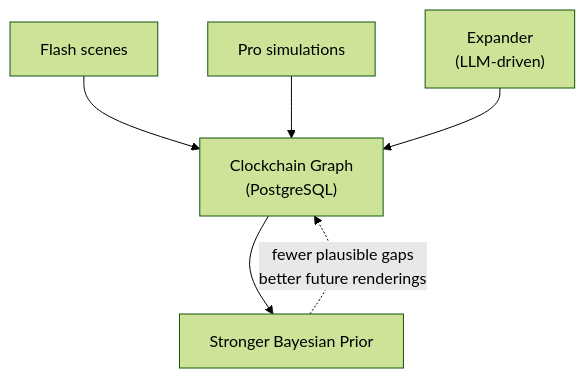
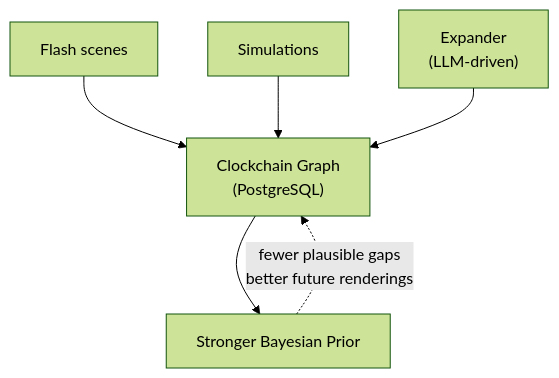
The diagram in README.md (timepointai/timepoint-clockchain), drawn with Mermaid (forest theme) before and after one commit. The commit also changed other lines of this file, not shown here.

Commit message:
scrub: remove Pro product references from public repo

````diff
--- a/README.md
+++ b/README.md
@@ -37,8 +37,8 @@
 ```mermaid
 flowchart TD
     F["Flash scenes"] --> G["Clockchain Graph\n(PostgreSQL)"]
-    P["Pro simulations"] --> G
+    S["Simulations"] --> G
     E["Expander\n(LLM-driven)"] --> G
     G --> BP["Stronger Bayesian Prior"]
     BP -. "fewer plausible gaps\nbetter future renderings" .-> G
 ```
````
